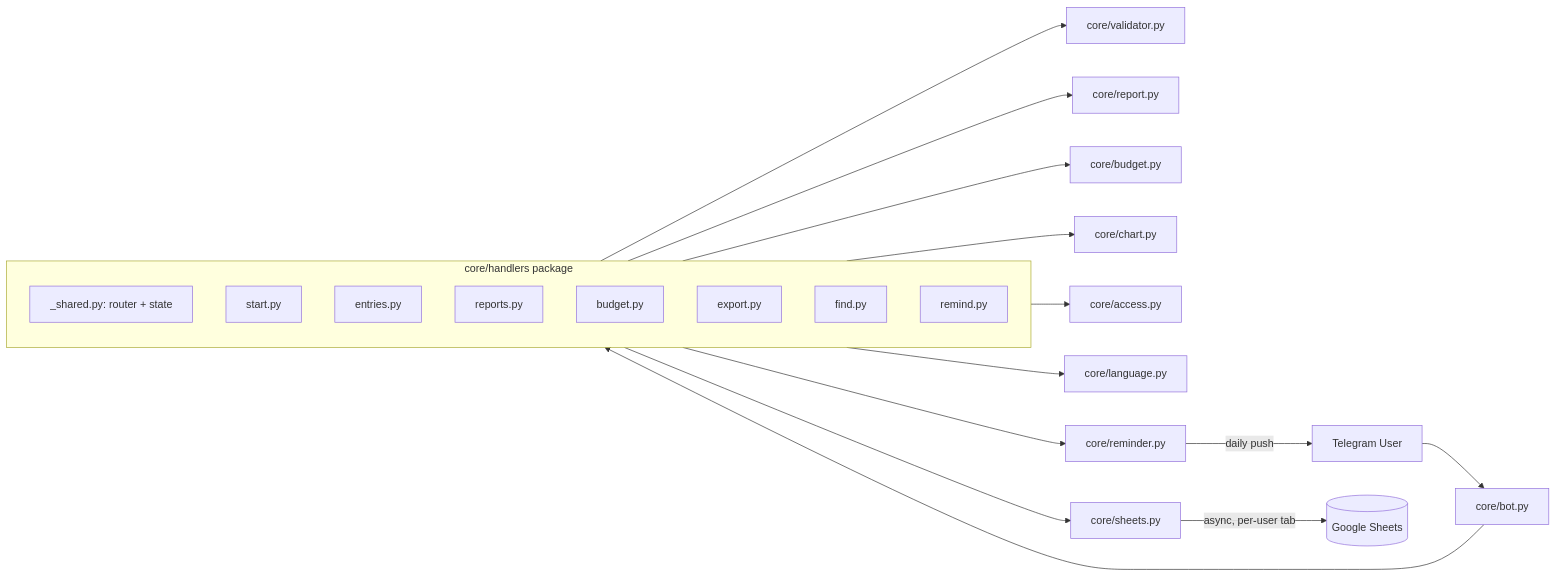
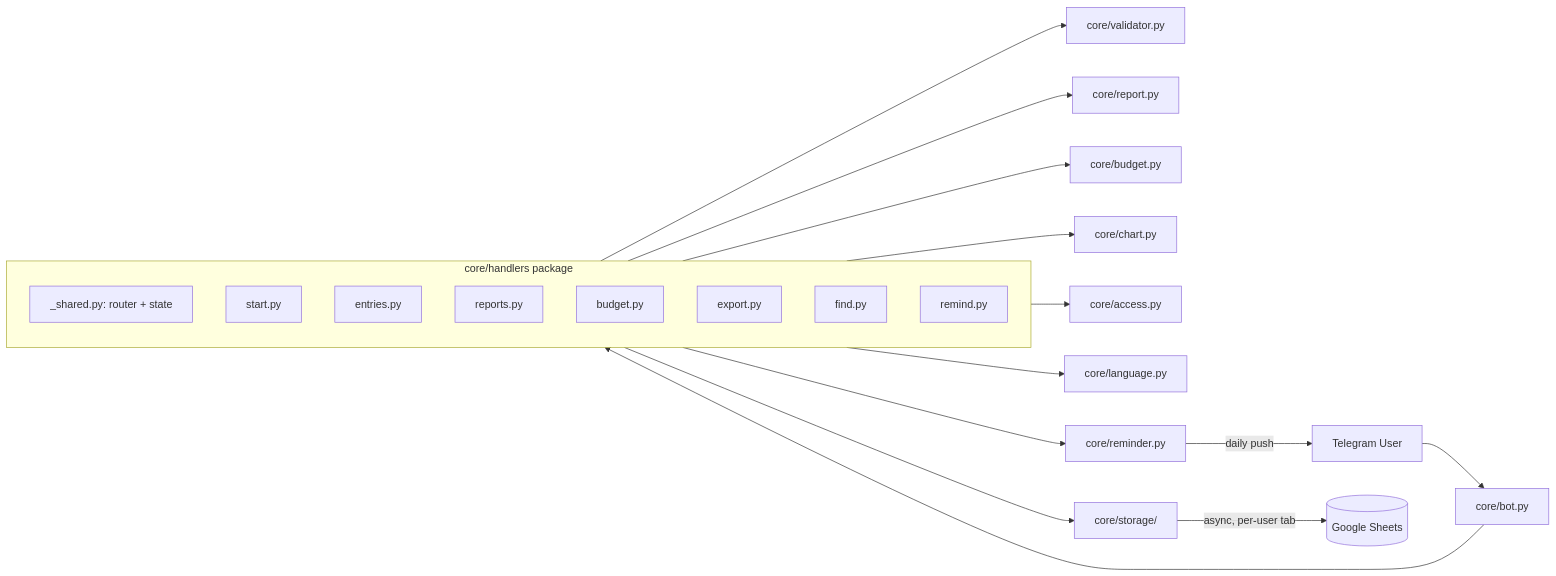
Before and after one commit to Vlad34745/tg-business-tracker-bot: the diagram in README.md, drawn with Mermaid. The commit also changed other lines of this file and 23 other files, not shown here.

Commit message:
split sheets.py into storage package, fix /undo race condition, add CI, fix callback_data byte-limit risk, soften README claims

````diff
--- a/README.md
+++ b/README.md
@@ -7,29 +7,29 @@
 ```mermaid
 flowchart LR
     U[Telegram User] --> B[core/bot.py]
     B --> HP
 
     subgraph HP[core/handlers package]
         direction TB
         SH["_shared.py: router + state"]
         ST[start.py]
         EN[entries.py]
         RP[reports.py]
         BG[budget.py]
         EX[export.py]
         FN[find.py]
         RM[remind.py]
     end
 
     HP --> V[core/validator.py]
     HP --> RPT[core/report.py]
     HP --> BUD[core/budget.py]
     HP --> CH[core/chart.py]
     HP --> AC[core/access.py]
     HP --> LG[core/language.py]
-    HP --> SD[core/sheets.py]
+    HP --> SD[core/storage/]
 
     SD -->|async, per-user tab| GS[(Google Sheets)]
     RM --> RL[core/reminder.py]
     RL -->|daily push| U
 ```
````
